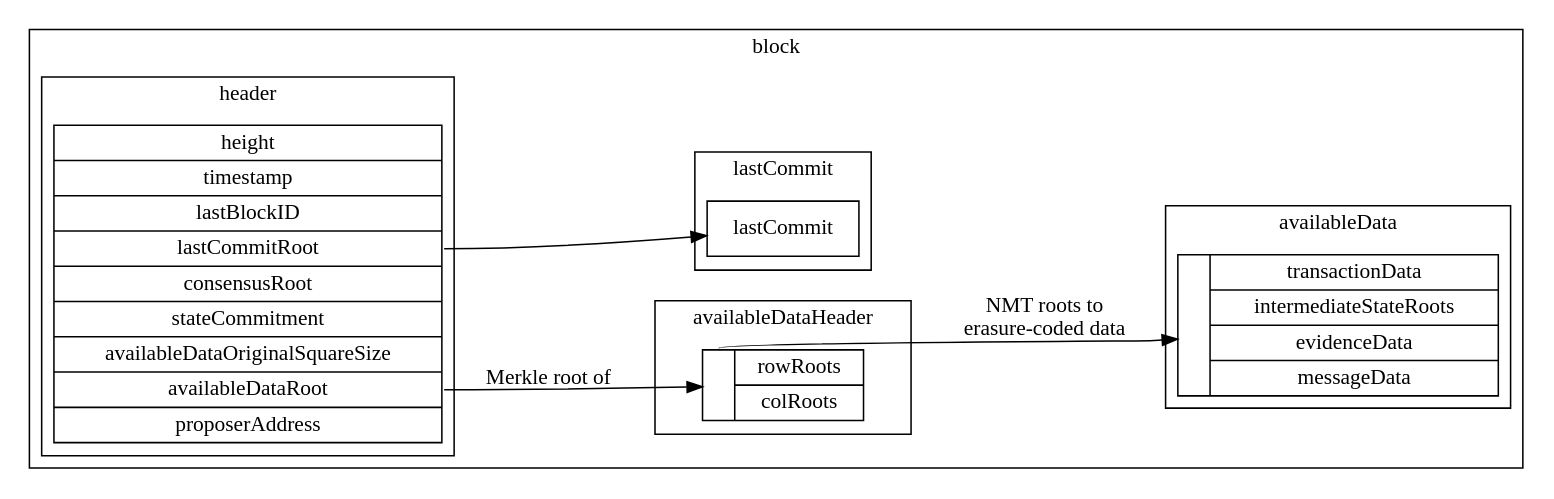
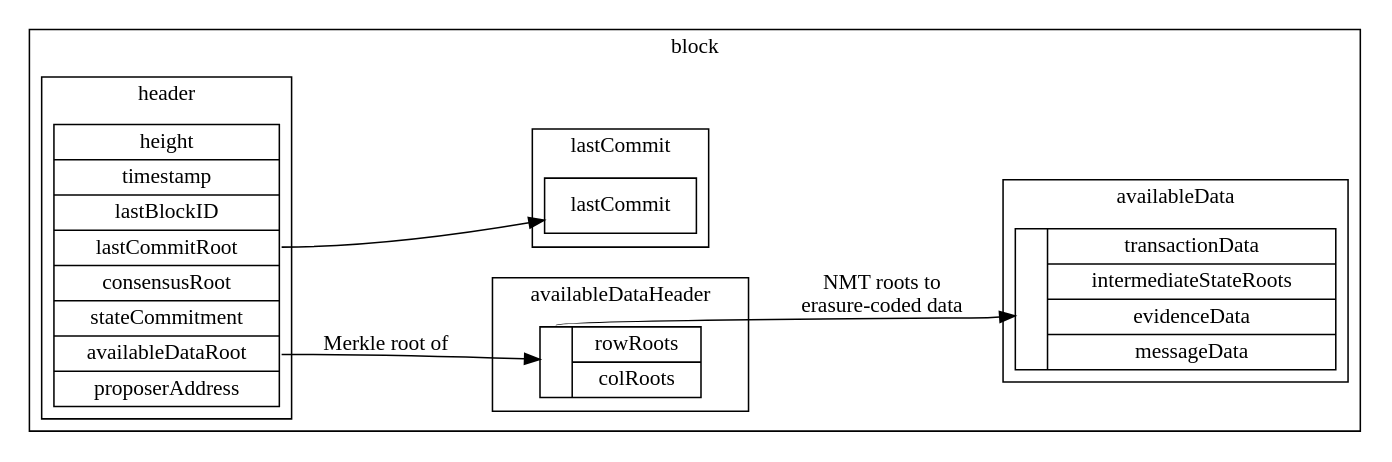
The diagram in specs/figures/block_data_structures.dot (celestiaorg/celestia-specs), drawn with Graphviz before and after one commit. The commit also changed 1 other file, not shown here.

Commit message:
Update data structures figure.

```diff
--- a/specs/figures/block_data_structures.dot
+++ b/specs/figures/block_data_structures.dot
@@ -1,36 +1,36 @@
 digraph G {
     rankdir = "LR";
     node [shape = record];
 
     subgraph cluster_block {
         label = "block";
 
         subgraph cluster_availableheader {
             label = "availableDataHeader";
             struct4 [label = "{<f0> | { rowRoots | colRoots } }"];
         }
 
         subgraph cluster_body {
             label = "availableData";
             struct3 [label = "{ | { transactionData | intermediateStateRoots | evidenceData | messageData } }"];
         }
 
         subgraph cluster_lastcommit {
             label = "lastCommit";
             struct2 [label = "{lastCommit}"];
         }
 
         subgraph cluster_header {
             label = "header";
-            struct1 [label = "height | timestamp | lastBlockID | <f3> lastCommitRoot | consensusRoot | stateCommitment | availableDataOriginalSquareSize | <f7> availableDataRoot | proposerAddress"];
+            struct1 [label = "height | timestamp | lastBlockID | <f3> lastCommitRoot | consensusRoot | stateCommitment | <f6> availableDataRoot | proposerAddress"];
         }
     }
 
     struct1:f3 -> struct2;
-    struct1:f7 -> struct4 [label = "Merkle root of"];
+    struct1:f6 -> struct4 [label = "Merkle root of"];
     struct4:f0 -> struct3 [label = "NMT roots to\nerasure-coded data"];
 
     edge [style = invis];
     struct1 -> struct3;
     struct1 -> struct4;
 }
```
